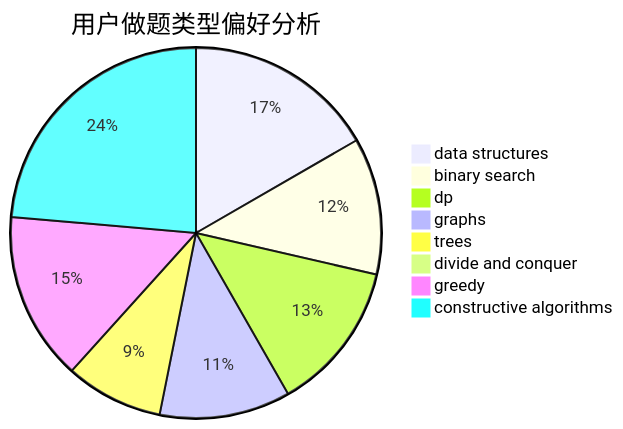
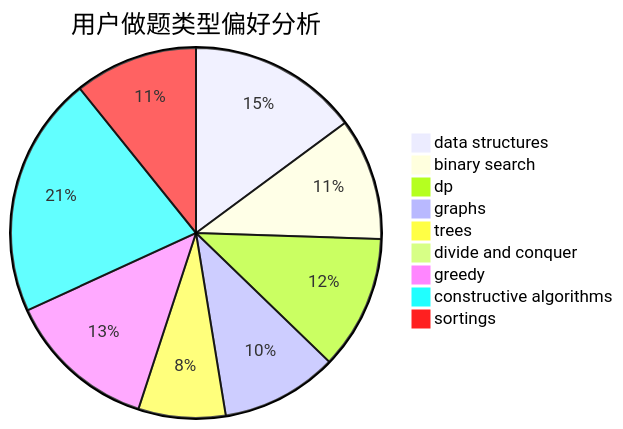
The second of 3 diagrams in docs/user/u1652.md (sherpahu/cfrs.github.io), drawn with Mermaid before and after one commit. The commit also changed other lines of this file and 2769 other files, not shown here.

````diff
--- a/docs/user/u1652.md
+++ b/docs/user/u1652.md
@@ -23,11 +18,12 @@
 ```mermaid
 pie title 用户做题类型偏好分析
     "data structures" :  127
     "binary search" :  91
     "dp" :  100
     "graphs" :  87
     "trees" :  65
     "divide and conquer" :  1
     "greedy" :  112
     "constructive algorithms" :  180
+    "sortings" :  92
 ```
````
